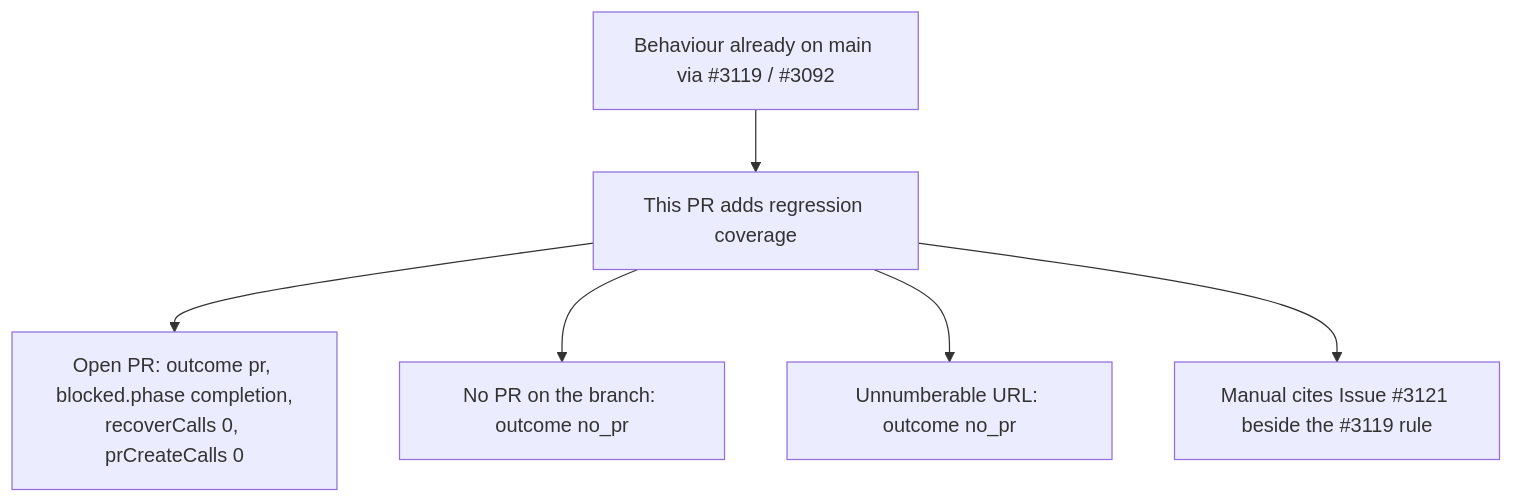
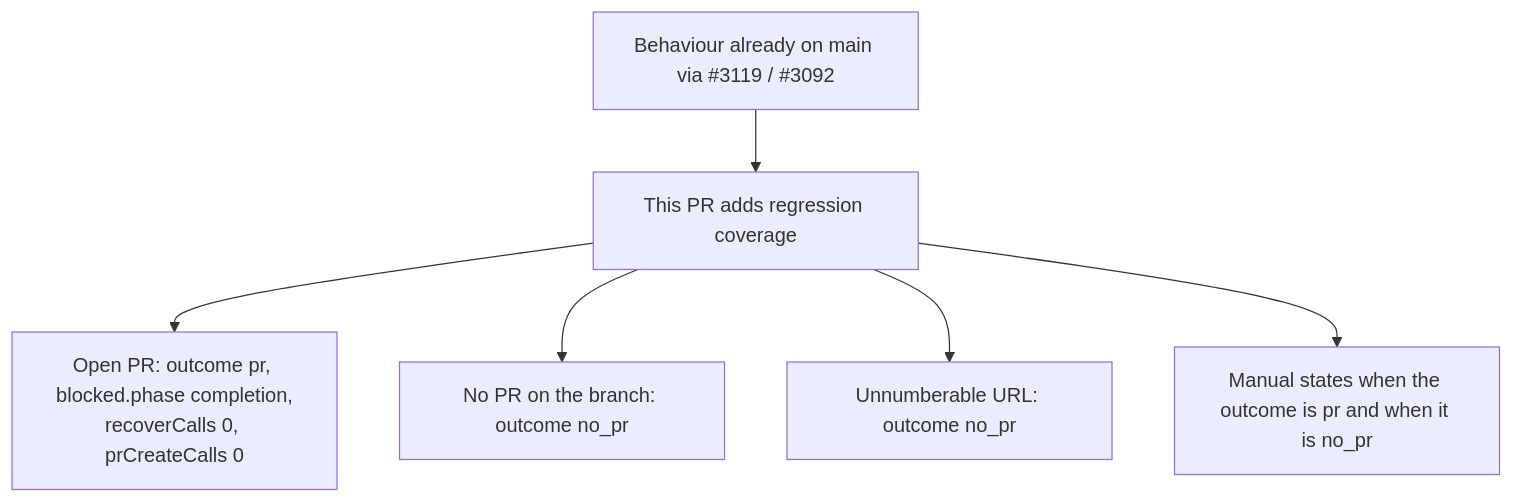
The diagram in docs/archive/pr-summaries/pr-summary-3121.md (stSoftwareAU/VibeCoder), drawn with Mermaid before and after one commit. The commit also changed other lines of this file and 1 other file, not shown here.

Commit message:
State when a failed follow-up names the live PR, and when it records no_pr (Issue #3121).

````diff
--- a/docs/archive/pr-summaries/pr-summary-3121.md
+++ b/docs/archive/pr-summaries/pr-summary-3121.md
@@ -42,8 +46,8 @@
 ```mermaid
 flowchart TD
   M["Behaviour already on main via #3119 / #3092"] --> T["This PR adds regression coverage"]
   T --> A["Open PR: outcome pr, blocked.phase completion,<br/>recoverCalls 0, prCreateCalls 0"]
   T --> B["No PR on the branch: outcome no_pr"]
   T --> C["Unnumberable URL: outcome no_pr"]
-  T --> D["Manual cites Issue #3121 beside the #3119 rule"]
+  T --> D["Manual states when the outcome is pr and when it is no_pr"]
 ```
````
